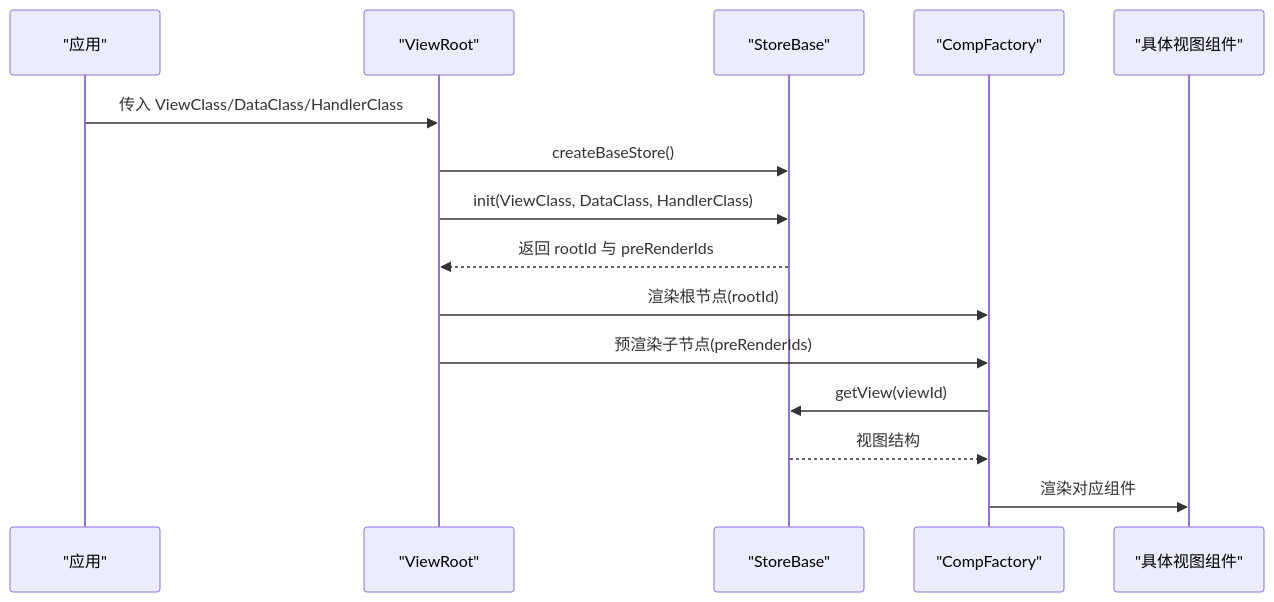
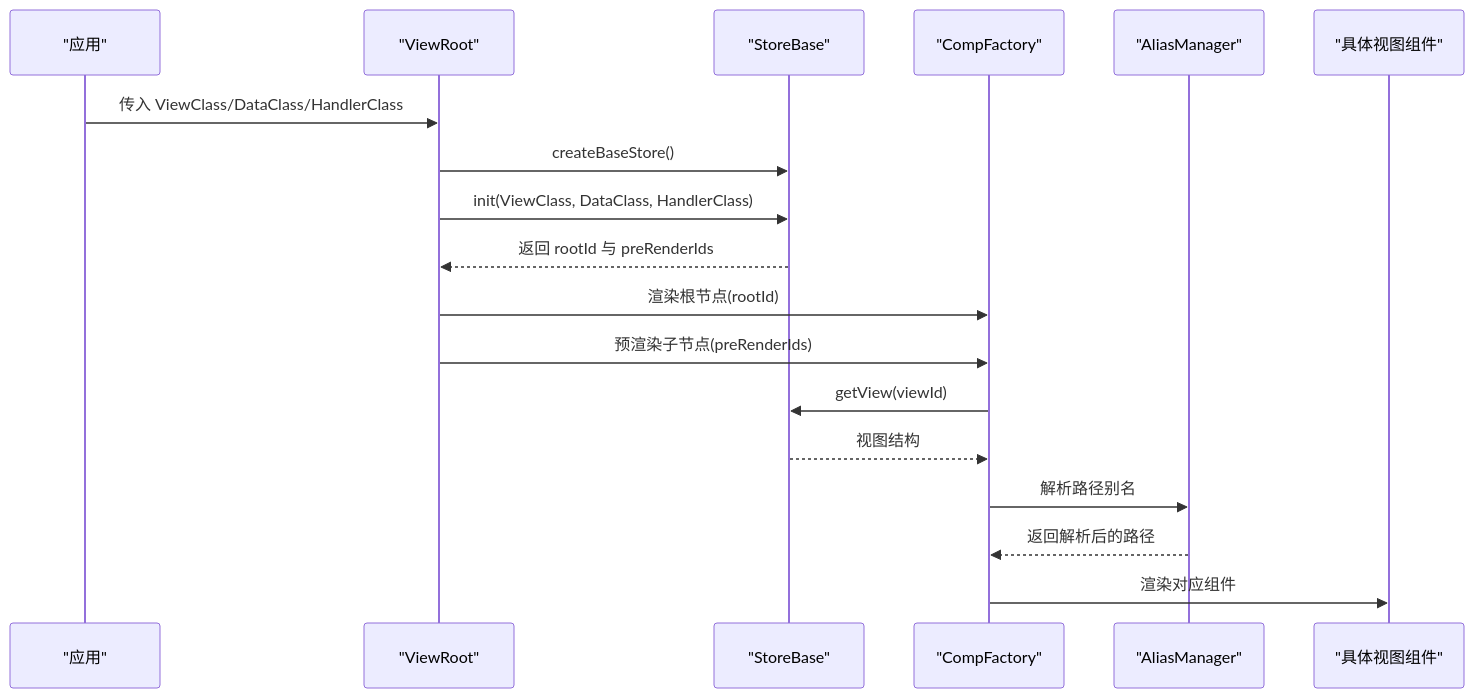
Before and after one commit to liqiongke/FrontArk: the second of 10 diagrams in .qoder/repowiki/zh/content/框架核心/框架核心.md, drawn with Mermaid. The commit also changed other lines of this file and 17 other files, not shown here.

````diff
--- a/.qoder/repowiki/zh/content/框架核心/框架核心.md
+++ b/.qoder/repowiki/zh/content/框架核心/框架核心.md
@@ -90,17 +110,20 @@
 ```mermaid
 sequenceDiagram
 participant App as "应用"
 participant Root as "ViewRoot"
 participant Store as "StoreBase"
 participant Factory as "CompFactory"
+participant Alias as "AliasManager"
 participant View as "具体视图组件"
 App->>Root : 传入 ViewClass/DataClass/HandlerClass
 Root->>Store : createBaseStore()
 Root->>Store : init(ViewClass, DataClass, HandlerClass)
 Store-->>Root : 返回 rootId 与 preRenderIds
 Root->>Factory : 渲染根节点(rootId)
 Root->>Factory : 预渲染子节点(preRenderIds)
 Factory->>Store : getView(viewId)
 Store-->>Factory : 视图结构
+Factory->>Alias : 解析路径别名
+Alias-->>Factory : 返回解析后的路径
 Factory->>View : 渲染对应组件
 ```
````
